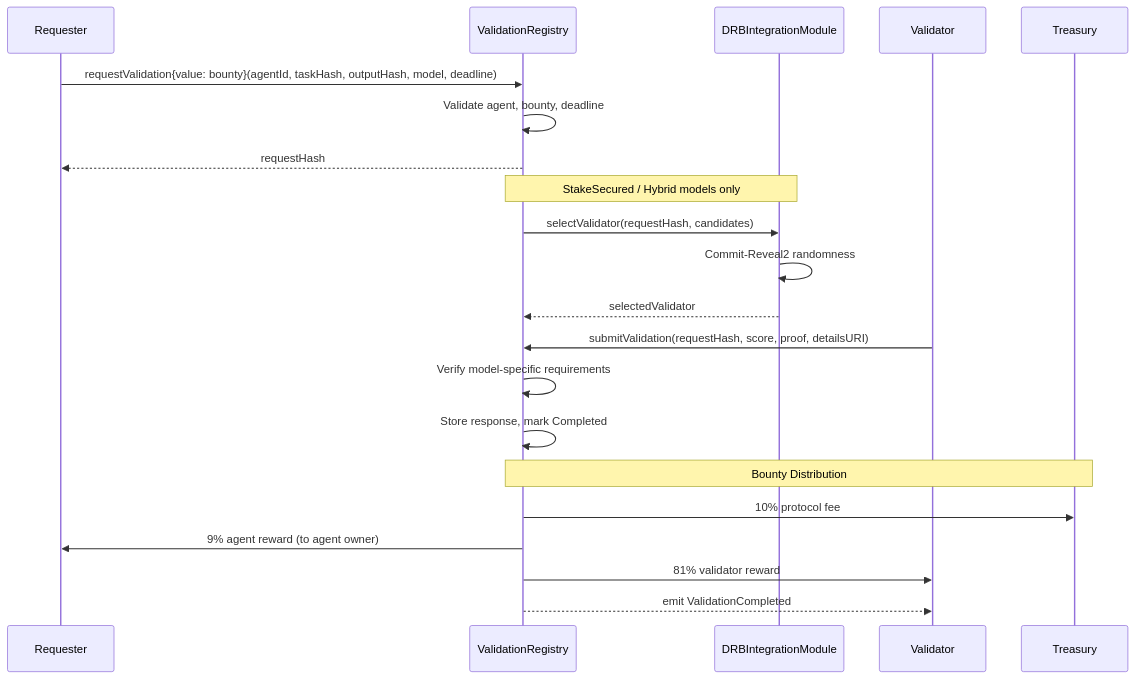
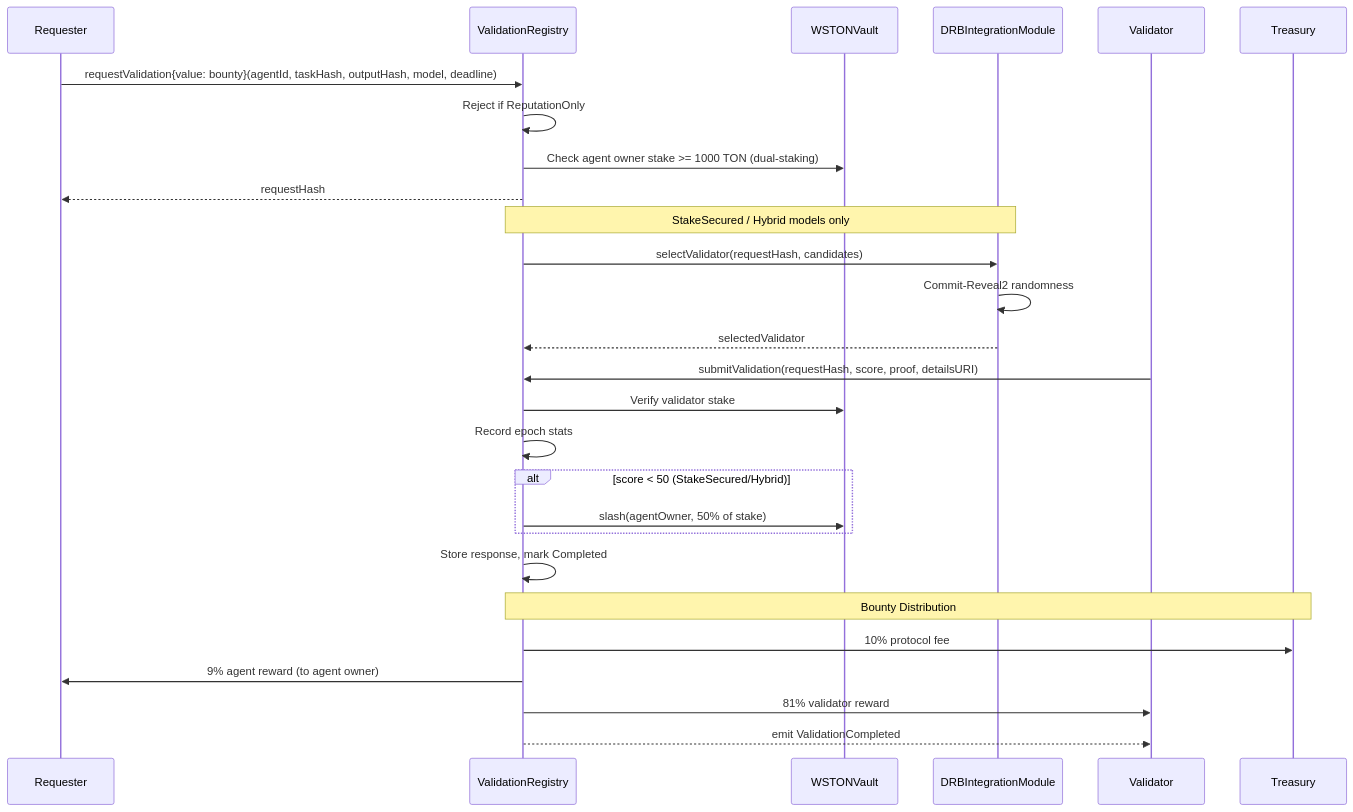
The first of 2 diagrams in docs/docs/contracts/validation-registry.md (Mehd1b/Tokamak-AI-Layer), drawn with Mermaid before and after one commit. The commit also changed other lines of this file and 177 other files, not shown here.

````diff
--- a/docs/docs/contracts/validation-registry.md
+++ b/docs/docs/contracts/validation-registry.md
@@ -31,27 +95,33 @@
 ```mermaid
 sequenceDiagram
     participant R as Requester
     participant VR as ValidationRegistry
+    participant WV as WSTONVault
     participant DRB as DRBIntegrationModule
     participant V as Validator
     participant T as Treasury
 
     R->>VR: requestValidation{value: bounty}(agentId, taskHash, outputHash, model, deadline)
-    VR->>VR: Validate agent, bounty, deadline
+    VR->>VR: Reject if ReputationOnly
+    VR->>WV: Check agent owner stake >= 1000 TON (dual-staking)
     VR-->>R: requestHash
 
     Note over VR,DRB: StakeSecured / Hybrid models only
     VR->>DRB: selectValidator(requestHash, candidates)
     DRB->>DRB: Commit-Reveal2 randomness
     DRB-->>VR: selectedValidator
 
     V->>VR: submitValidation(requestHash, score, proof, detailsURI)
-    VR->>VR: Verify model-specific requirements
+    VR->>WV: Verify validator stake
+    VR->>VR: Record epoch stats
+    alt score < 50 (StakeSecured/Hybrid)
+        VR->>WV: slash(agentOwner, 50% of stake)
+    end
     VR->>VR: Store response, mark Completed
 
     Note over VR,T: Bounty Distribution
     VR->>T: 10% protocol fee
     VR->>R: 9% agent reward (to agent owner)
     VR->>V: 81% validator reward
     VR-->>V: emit ValidationCompleted
 ```
````
